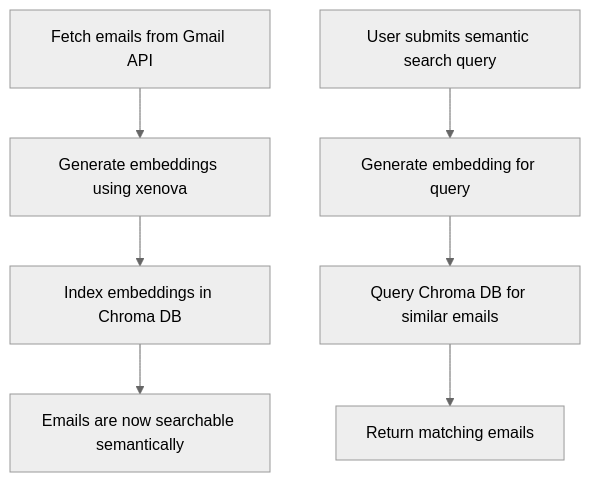
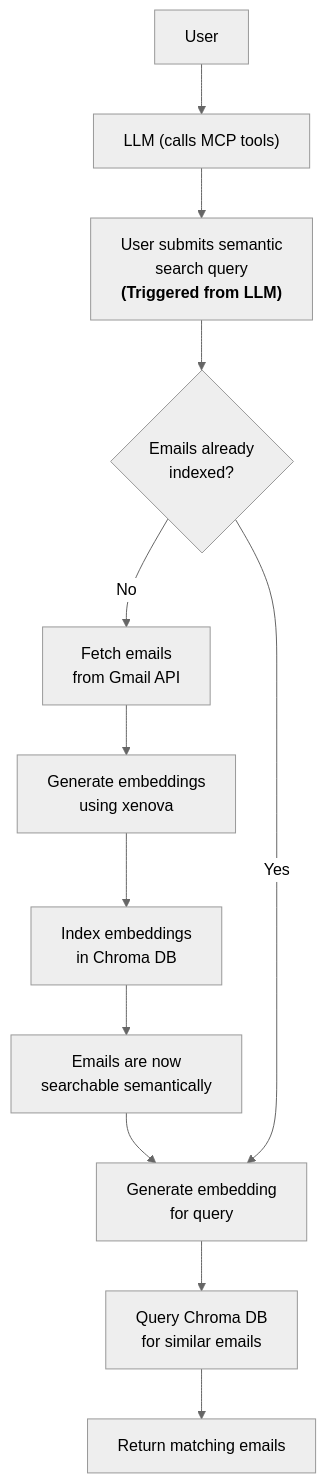
Before and after one commit to Ayush-k-Shukla/gmail-mcp-server: the diagram in readme.md, drawn with Mermaid (neutral theme). The commit also changed other lines of this file, not shown here.

Commit message:
docs: updated flow chart diag

````diff
--- a/readme.md
+++ b/readme.md
@@ -182,9 +182,18 @@
 ```mermaid
 flowchart TD
-    Fetch[Fetch emails from Gmail API] --> Embed[Generate embeddings using xenova]
-    Embed --> Index[Index embeddings in Chroma DB]
-    Index --> Searchable[Emails are now searchable semantically]
-    Query[User submits semantic search query] --> QEmbed[Generate embedding for query]
-    QEmbed --> QSearch[Query Chroma DB for similar emails]
-    QSearch --> Result[Return matching emails]
+    User[User] --> LLM["LLM (calls MCP tools)"]
+    LLM --> Query["User submits semantic<br/>search query<br/><b>(Triggered from LLM)</b>"]
+
+    %% Query Flow
+    Query --> CheckIndexed{"Emails already<br/>indexed?"}
+    CheckIndexed -- No --> Fetch["Fetch emails<br/>from Gmail API"]
+    Fetch --> Embed["Generate embeddings<br/>using xenova"]
+    Embed --> Index["Index embeddings<br/>in Chroma DB"]
+    Index --> Searchable["Emails are now<br/>searchable semantically"]
+    Searchable --> QEmbed["Generate embedding<br/>for query"]
+
+    CheckIndexed -- Yes --> QEmbed
+    QEmbed --> QSearch["Query Chroma DB<br/>for similar emails"]
+    QSearch --> Result["Return matching emails"]
+
 ```
````
